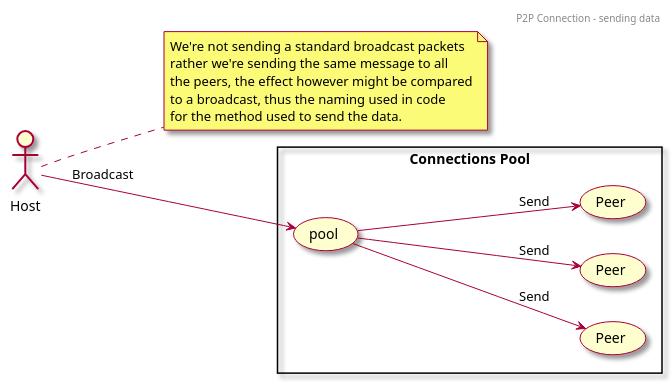
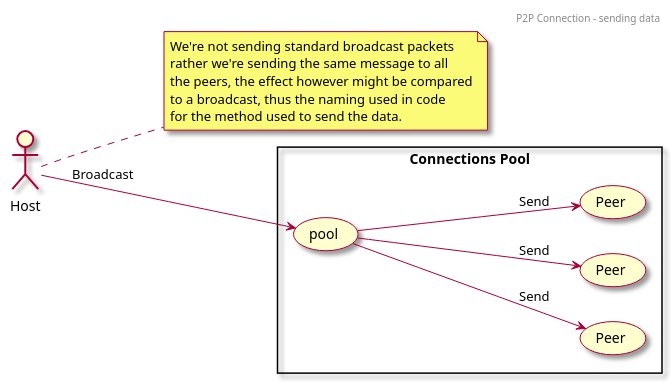
The diagram in docs/send_data.puml (Zamerykanizowana/replicated-file-system), drawn with PlantUML before and after one commit. The commit also changed 6 other files, not shown here.

Commit message:
add replication diagram

```diff
--- a/docs/send_data.puml
+++ b/docs/send_data.puml
@@ -1,32 +1,32 @@
 @startuml
 'https://plantuml.com/use-case-diagram
 
 skin rose
 
 header P2P Connection - sending data
 
 left to right direction
 
 actor "Host" as host
 
 rectangle "Connections Pool" {
   usecase pool
   usecase "Peer" as p1
   usecase "Peer" as p2
   usecase "Peer" as p3
 }
 
 host --> pool : Broadcast
 pool --> p1 : Send
 pool --> p2 : Send
 pool --> p3 : Send
 
 note right of host
-We're not sending a standard broadcast packets
+We're not sending standard broadcast packets
 rather we're sending the same message to all
 the peers, the effect however might be compared
 to a broadcast, thus the naming used in code
 for the method used to send the data.
 end note
 
 @enduml
```
